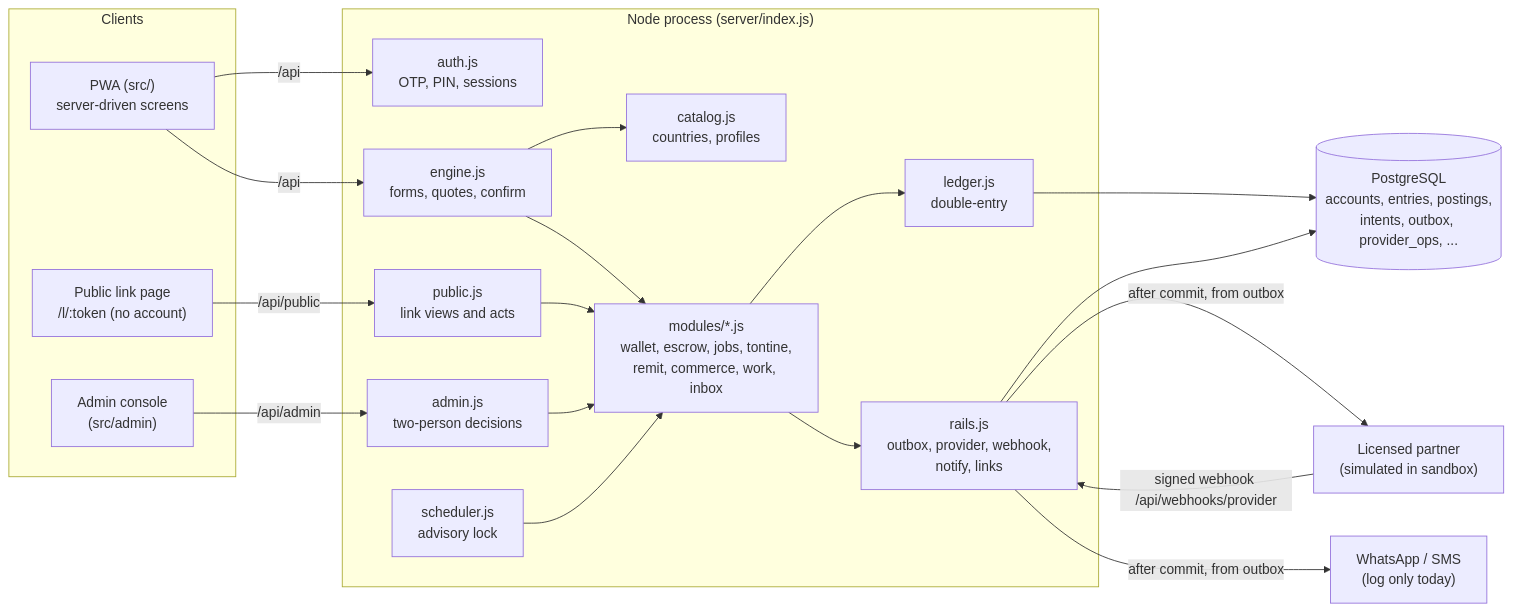
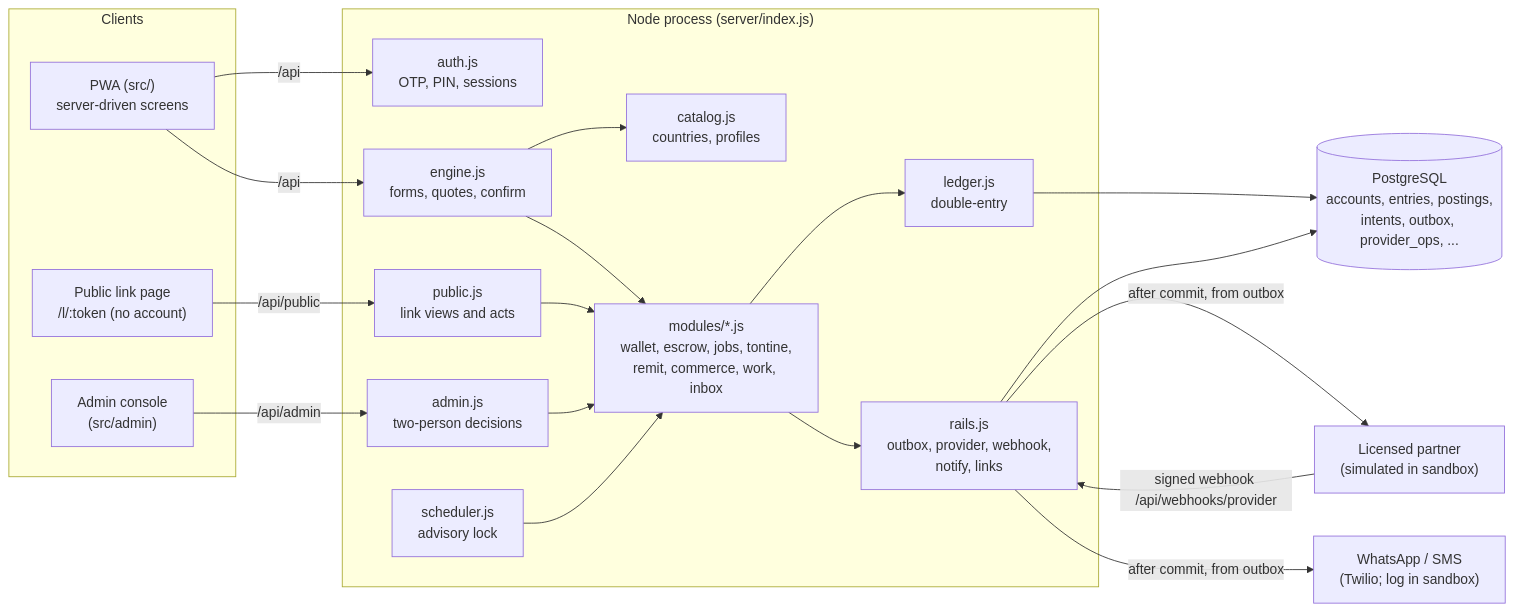
The first of 2 diagrams in docs/architecture.md (DIALLO2503/Chamelon-OS), drawn with Mermaid before and after one commit. The commit also changed other lines of this file and 11 other files, not shown here.

First line of the commit message:
Send login codes by SMS and notifications by WhatsApp/SMS through Twilio

````diff
--- a/docs/architecture.md
+++ b/docs/architecture.md
@@ -10,38 +10,38 @@
 ```mermaid
 flowchart LR
   subgraph Clients
     PWA["PWA (src/)<br/>server-driven screens"]
     Link["Public link page<br/>/l/:token (no account)"]
     Admin["Admin console<br/>(src/admin)"]
   end
   subgraph Server["Node process (server/index.js)"]
     Auth["auth.js<br/>OTP, PIN, sessions"]
     Engine["engine.js<br/>forms, quotes, confirm"]
     Catalog["catalog.js<br/>countries, profiles"]
     Mods["modules/*.js<br/>wallet, escrow, jobs, tontine,<br/>remit, commerce, work, inbox"]
     Public["public.js<br/>link views and acts"]
     AdminR["admin.js<br/>two-person decisions"]
     Ledger["ledger.js<br/>double-entry"]
     Rails["rails.js<br/>outbox, provider, webhook,<br/>notify, links"]
     Sched["scheduler.js<br/>advisory lock"]
   end
   DB[("PostgreSQL<br/>accounts, entries, postings,<br/>intents, outbox, provider_ops, ...")]
   Partner["Licensed partner<br/>(simulated in sandbox)"]
-  WA["WhatsApp / SMS<br/>(log only today)"]
+  WA["WhatsApp / SMS<br/>(Twilio; log in sandbox)"]
 
   PWA -->|/api| Auth & Engine
   Admin -->|/api/admin| AdminR
   Link -->|/api/public| Public
   Engine --> Catalog
   Engine --> Mods
   Public --> Mods
   AdminR --> Mods
   Mods --> Ledger
   Mods --> Rails
   Ledger --> DB
   Rails --> DB
   Sched --> Mods
   Rails -->|after commit, from outbox| Partner
   Rails -->|after commit, from outbox| WA
   Partner -->|signed webhook /api/webhooks/provider| Rails
 ```
````
